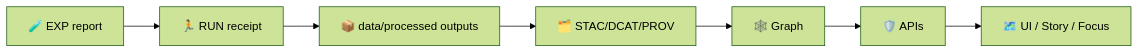
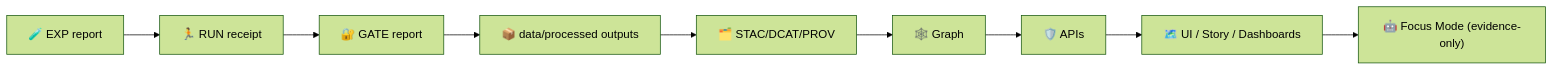
Before and after one commit to bartytime4life/Kansas-Frontier-Matrix: the second of 2 diagrams in mcp/README.md, drawn with Mermaid (forest theme). The commit also changed other lines of this file, not shown here.

````diff
--- a/mcp/README.md
+++ b/mcp/README.md
@@ -892,9 +1061,11 @@
 ```mermaid
 flowchart LR
   EXP["🧪 EXP report"] --> RUN["🏃 RUN receipt"]
-  RUN --> OUT["📦 data/processed outputs"]
+  RUN --> GATE["🔐 GATE report"]
+  GATE --> OUT["📦 data/processed outputs"]
   OUT --> CAT["🗂️ STAC/DCAT/PROV"]
   CAT --> GR["🕸️ Graph"]
   GR --> API["🛡️ APIs"]
-  API --> UI["🗺️ UI / Story / Focus"]
+  API --> UI["🗺️ UI / Story / Dashboards"]
+  UI --> FM["🤖 Focus Mode (evidence-only)"]
 ```
````
